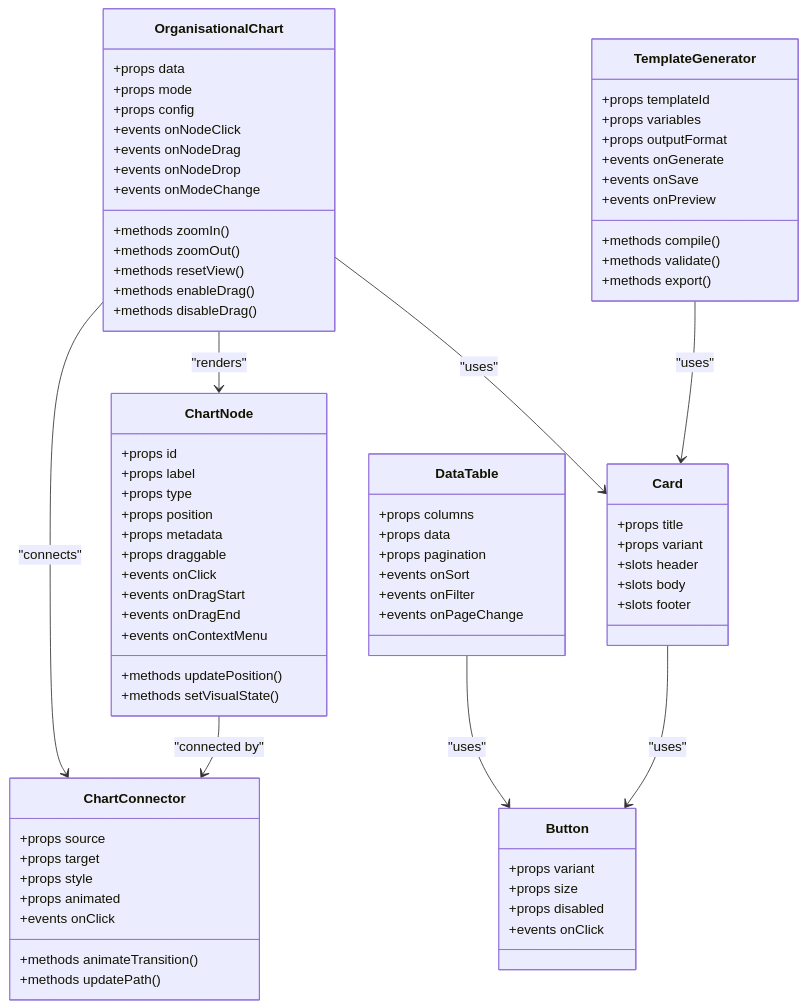
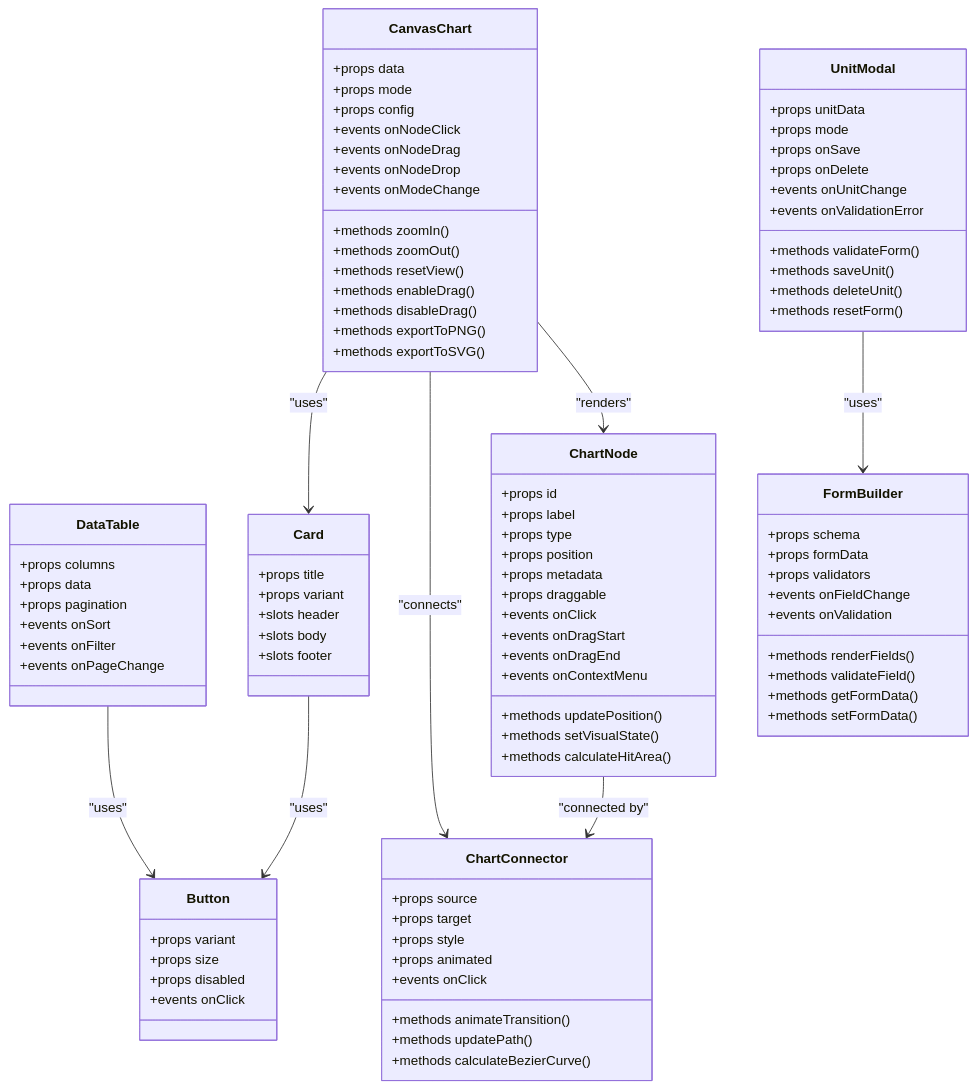
Before and after one commit to franckylab/eLISAschool: the ninth of 14 diagrams in .qoder/repowiki/en/content/System Architecture/Frontend Architecture/Component Architecture/Component Architecture.md, drawn with Mermaid. The commit also changed other lines of this file and 97 other files, not shown here.

````diff
--- a/.qoder/repowiki/en/content/System Architecture/Frontend Architecture/Component Architecture/Component Architecture.md
+++ b/.qoder/repowiki/en/content/System Architecture/Frontend Architecture/Component Architecture/Component Architecture.md
@@ -537,7 +710,7 @@
 +props disabled
 +events onClick
 }
-class OrganisationalChart {
+class CanvasChart {
 +props data
 +props mode
 +props config
@@ -550,6 +723,8 @@
 +methods resetView()
 +methods enableDrag()
 +methods disableDrag()
++methods exportToPNG()
++methods exportToSVG()
 }
 class ChartNode {
 +props id
@@ -564,6 +739,7 @@
 +events onContextMenu
 +methods updatePosition()
 +methods setVisualState()
++methods calculateHitArea()
 }
 class ChartConnector {
 +props source
@@ -573,23 +749,36 @@
 +events onClick
 +methods animateTransition()
 +methods updatePath()
++methods calculateBezierCurve()
 }
-class TemplateGenerator {
-+props templateId
-+props variables
-+props outputFormat
-+events onGenerate
-+events onSave
-+events onPreview
-+methods compile()
-+methods validate()
-+methods export()
+class UnitModal {
++props unitData
++props mode
++props onSave
++props onDelete
++events onUnitChange
++events onValidationError
++methods validateForm()
++methods saveUnit()
++methods deleteUnit()
++methods resetForm()
+}
+class FormBuilder {
++props schema
++props formData
++props validators
++events onFieldChange
++events onValidation
++methods renderFields()
++methods validateField()
++methods getFormData()
++methods setFormData()
 }
 DataTable --> Button : "uses"
 Card --> Button : "uses"
-OrganisationalChart --> ChartNode : "renders"
-OrganisationalChart --> ChartConnector : "connects"
-OrganisationalChart --> Card : "uses"
-TemplateGenerator --> Card : "uses"
+CanvasChart --> ChartNode : "renders"
+CanvasChart --> ChartConnector : "connects"
+CanvasChart --> Card : "uses"
+UnitModal --> FormBuilder : "uses"
 ChartNode --> ChartConnector : "connected by"
 ```
````
